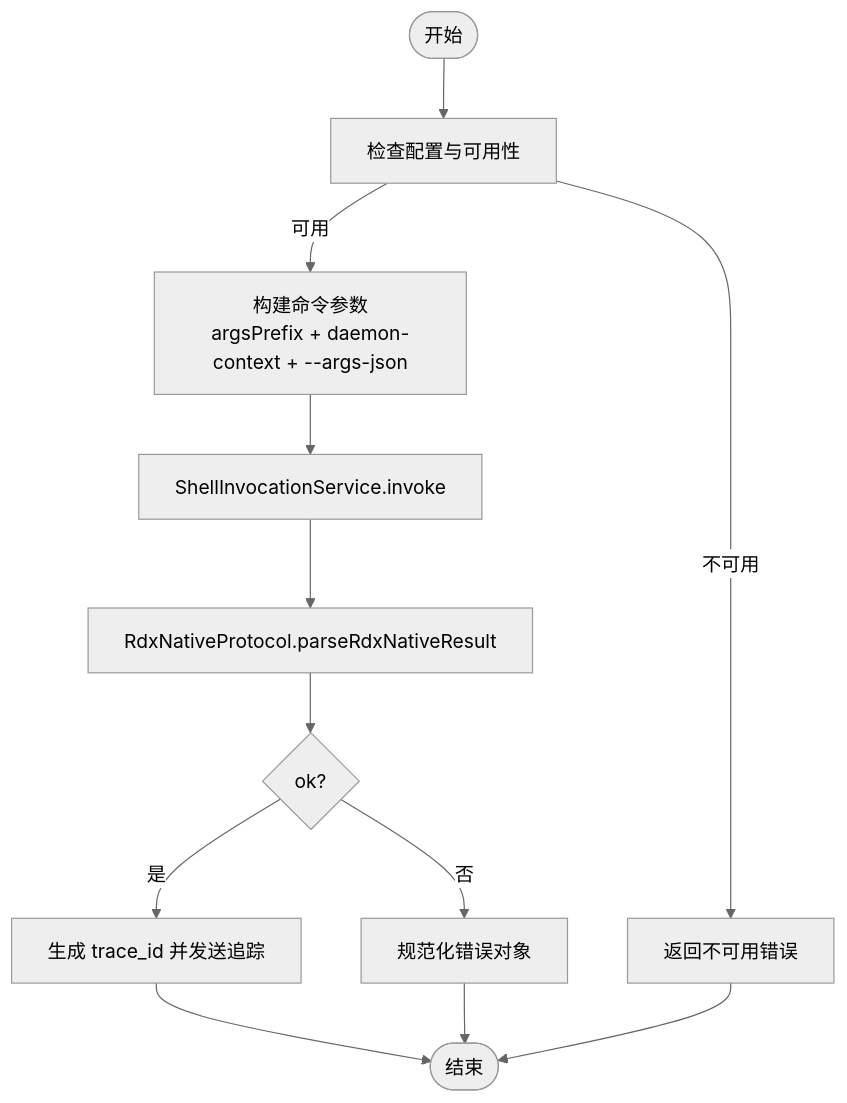
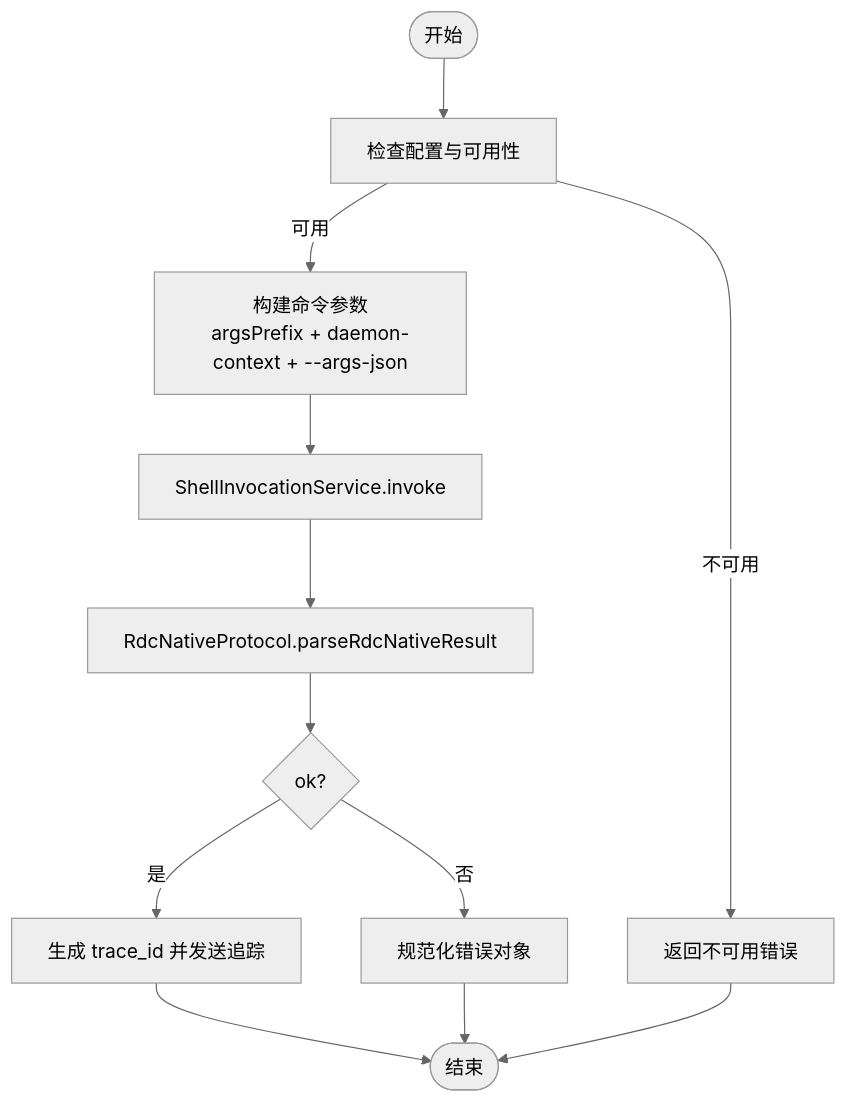
Before and after one commit to haolange/RDC-Agent: the third of 6 diagrams in .qoder/repowiki/zh/content/架构设计/核心组件设计/CLI调用器设计/CLI调用器设计.md, drawn with Mermaid (neutral theme). The commit also changed other lines of this file and 557 other files, not shown here.

````diff
--- a/.qoder/repowiki/zh/content/架构设计/核心组件设计/CLI调用器设计/CLI调用器设计.md
+++ b/.qoder/repowiki/zh/content/架构设计/核心组件设计/CLI调用器设计/CLI调用器设计.md
@@ -195,14 +195,14 @@
 ```mermaid
 flowchart TD
 Start(["开始"]) --> CheckCfg["检查配置与可用性"]
 CheckCfg --> |不可用| ReturnErr["返回不可用错误"]
 CheckCfg --> |可用| BuildArgs["构建命令参数<br/>argsPrefix + daemon-context + --args-json"]
 BuildArgs --> Invoke["ShellInvocationService.invoke"]
-Invoke --> Parse["RdxNativeProtocol.parseRdxNativeResult"]
+Invoke --> Parse["RdcNativeProtocol.parseRdcNativeResult"]
 Parse --> Ok{"ok?"}
 Ok --> |是| EmitTrace["生成 trace_id 并发送追踪"]
 Ok --> |否| ErrFmt["规范化错误对象"]
 EmitTrace --> End(["结束"])
 ErrFmt --> End
 ReturnErr --> End
 ```
````
